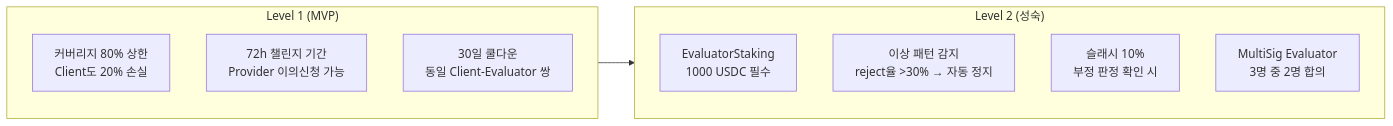
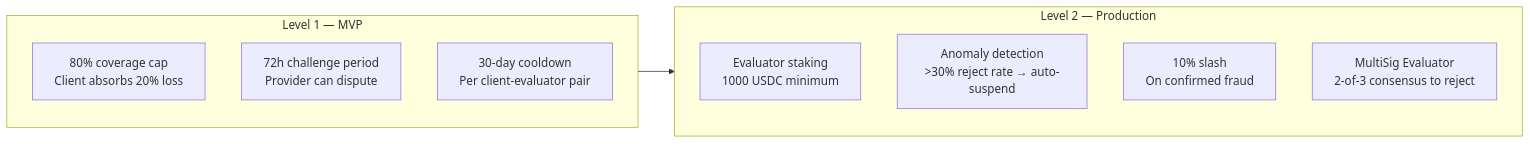
Before and after one commit to oxyuns/agent-insurance: the fourth of 5 diagrams in README.md, drawn with Mermaid. The commit also changed other lines of this file, not shown here.

````diff
--- a/README.md
+++ b/README.md
@@ -144,17 +146,17 @@
 ```mermaid
 graph LR
-    subgraph Level1 ["Level 1 (MVP)"]
-        L1A["커버리지 80% 상한<br/>Client도 20% 손실"]
-        L1B["72h 챌린지 기간<br/>Provider 이의신청 가능"]
-        L1C["30일 쿨다운<br/>동일 Client-Evaluator 쌍"]
+    subgraph L1 ["Level 1 — MVP"]
+        A["80% coverage cap<br/>Client absorbs 20% loss"]
+        B["72h challenge period<br/>Provider can dispute"]
+        C["30-day cooldown<br/>Per client-evaluator pair"]
     end
 
-    subgraph Level2 ["Level 2 (성숙)"]
-        L2A["EvaluatorStaking<br/>1000 USDC 필수"]
-        L2B["이상 패턴 감지<br/>reject율 >30% → 자동 정지"]
-        L2C["슬래시 10%<br/>부정 판정 확인 시"]
-        L2D["MultiSig Evaluator<br/>3명 중 2명 합의"]
+    subgraph L2 ["Level 2 — Production"]
+        D["Evaluator staking<br/>1000 USDC minimum"]
+        E["Anomaly detection<br/>>30% reject rate → auto-suspend"]
+        F["10% slash<br/>On confirmed fraud"]
+        G["MultiSig Evaluator<br/>2-of-3 consensus to reject"]
     end
 
-    Level1 --> Level2
+    L1 --> L2
 ```
````
